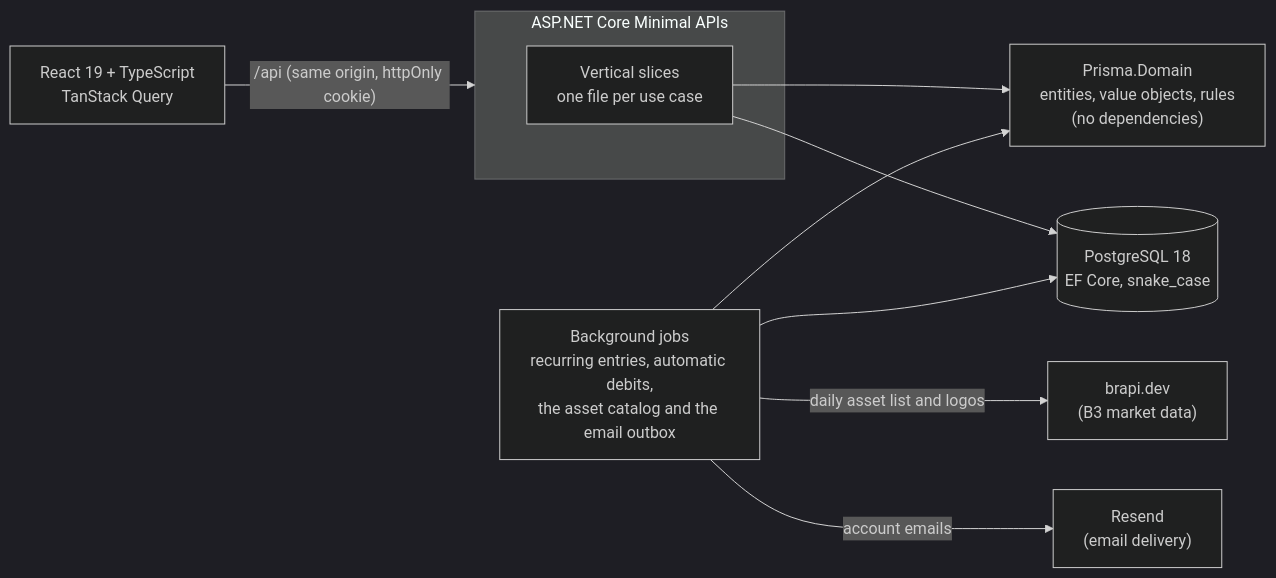
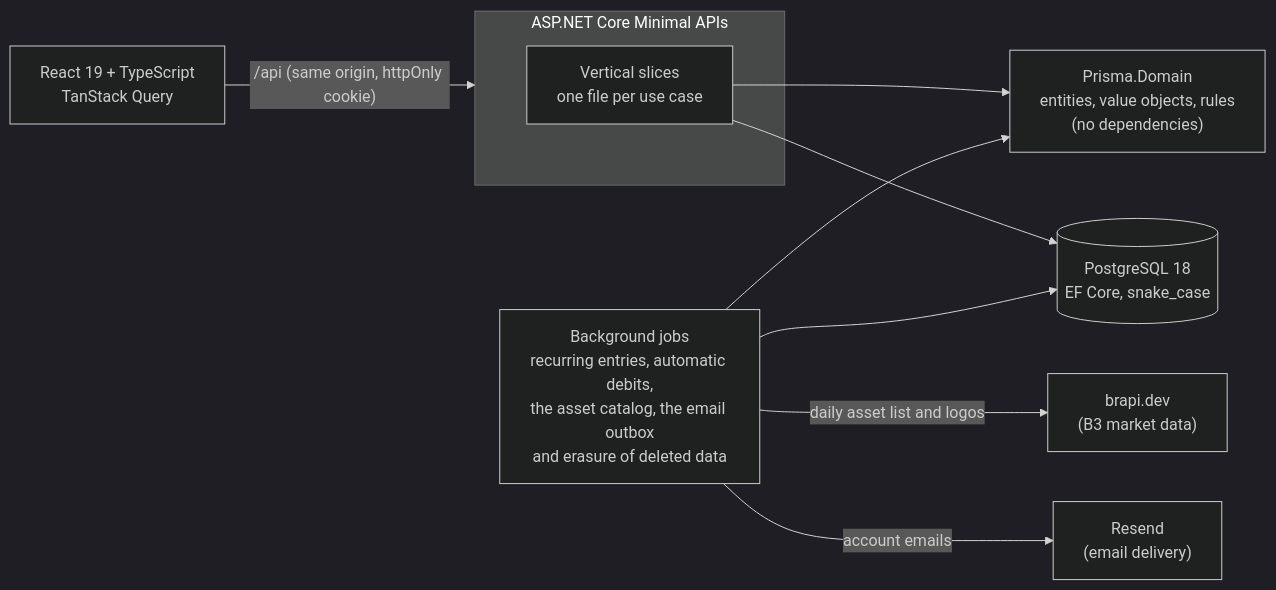
One commit to vagnerwentz/prisma changed the third of 5 diagrams in README.md. Above: the diagram before and after it, drawn with Mermaid (dark theme). The commit also changed other lines of this file and 3 other files, not shown here.

First line of the commit message:
docs: stage A.3 across the guide, plan, README diagrams and runbook

````diff
--- a/README.md
+++ b/README.md
@@ -145,13 +150,13 @@
 ```mermaid
 flowchart LR
     Web["React 19 + TypeScript<br/>TanStack Query"] -->|"/api (same origin, httpOnly cookie)"| Api
     subgraph Api["ASP.NET Core Minimal APIs"]
         Slices["Vertical slices<br/>one file per use case"]
     end
     Slices --> Domain["Prisma.Domain<br/>entities, value objects, rules<br/>(no dependencies)"]
     Slices --> Db[("PostgreSQL 18<br/>EF Core, snake_case")]
-    Job["Background jobs<br/>recurring entries, automatic debits,<br/>the asset catalog and the email outbox"] --> Domain
+    Job["Background jobs<br/>recurring entries, automatic debits,<br/>the asset catalog, the email outbox<br/>and erasure of deleted data"] --> Domain
     Job --> Db
     Job -->|"daily asset list and logos"| Brapi["brapi.dev<br/>(B3 market data)"]
     Job -->|"account emails"| Resend["Resend<br/>(email delivery)"]
 ```
````
